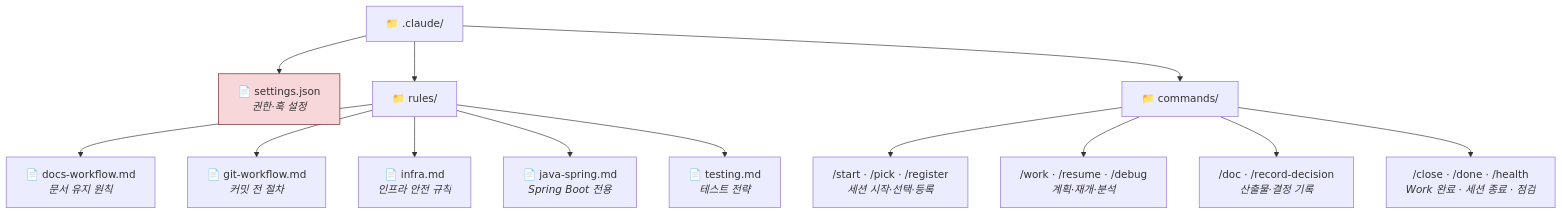
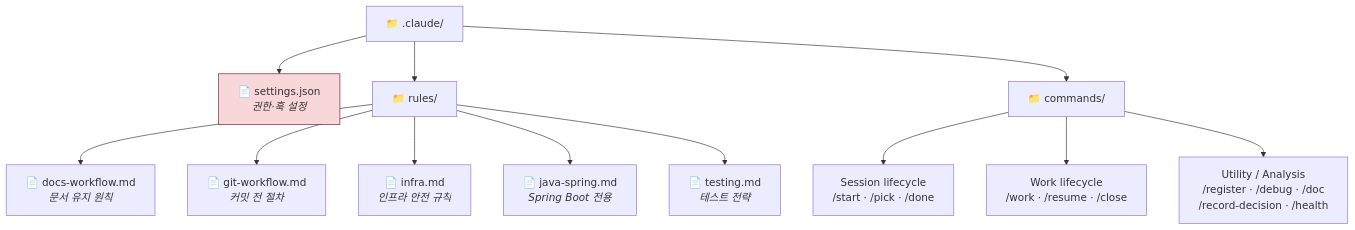
The fourth of 14 diagrams in docs/WORKFLOW-MANUAL.md (kyungseo/ai-workflow-harness), drawn with Mermaid before and after one commit. The commit also changed other lines of this file and 8 other files, not shown here.

````diff
--- a/docs/WORKFLOW-MANUAL.md
+++ b/docs/WORKFLOW-MANUAL.md
@@ -161,21 +161,20 @@
 ```mermaid
 graph TD
     DOT_CLAUDE["📁 .claude/"]
 
     DOT_CLAUDE --> SETTINGS["📄 settings.json<br/><i>권한·훅 설정</i>"]
     DOT_CLAUDE --> RULES["📁 rules/"]
     DOT_CLAUDE --> COMMANDS["📁 commands/"]
 
     RULES --> R1["📄 docs-workflow.md<br/><i>문서 유지 원칙</i>"]
     RULES --> R2["📄 git-workflow.md<br/><i>커밋 전 절차</i>"]
     RULES --> R3["📄 infra.md<br/><i>인프라 안전 규칙</i>"]
     RULES --> R4["📄 java-spring.md<br/><i>Spring Boot 전용</i>"]
     RULES --> R5["📄 testing.md<br/><i>테스트 전략</i>"]
 
-    COMMANDS --> CMD_A["/start · /pick · /register<br/><i>세션 시작·선택·등록</i>"]
-    COMMANDS --> CMD_B["/work · /resume · /debug<br/><i>계획·재개·분석</i>"]
-    COMMANDS --> CMD_C["/doc · /record-decision<br/><i>산출물·결정 기록</i>"]
-    COMMANDS --> CMD_D["/close · /done · /health<br/><i>Work 완료 · 세션 종료 · 점검</i>"]
+    COMMANDS --> CMD_A["Session lifecycle<br/>/start · /pick · /done"]
+    COMMANDS --> CMD_B["Work lifecycle<br/>/work · /resume · /close"]
+    COMMANDS --> CMD_C["Utility / Analysis<br/>/register · /debug · /doc<br/>/record-decision · /health"]
 
     style SETTINGS fill:#f8d7da,stroke:#721c24
 ```
````
